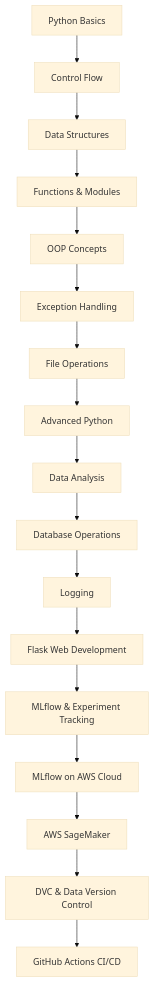
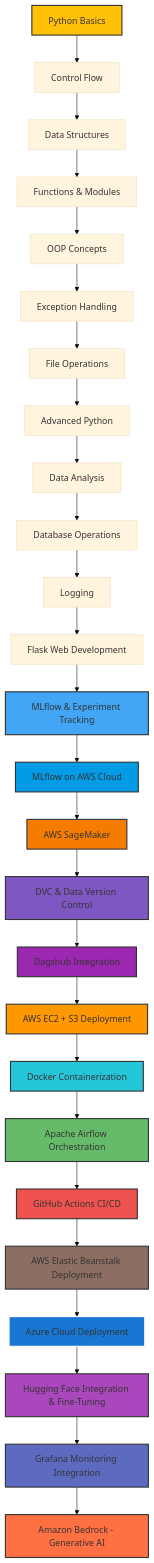
The first of 16 diagrams in README.md (jagadeshchilla/MLOPS), drawn with Mermaid (base theme) before and after one commit. The commit also changed other lines of this file and 2 other files, not shown here.

````diff
--- a/README.md
+++ b/README.md
@@ -64,19 +74,45 @@
 ```mermaid
 graph TD
     A[Python Basics] --> B[Control Flow]
     B --> C[Data Structures]
     C --> D[Functions & Modules]
     D --> E[OOP Concepts]
     E --> F[Exception Handling]
     F --> G[File Operations]
     G --> H[Advanced Python]
     H --> I[Data Analysis]
     I --> J[Database Operations]
     J --> K[Logging]
     K --> L[Flask Web Development]
     L --> M[MLflow & Experiment Tracking]
     M --> N[MLflow on AWS Cloud]
     N --> O[AWS SageMaker]
     O --> P[DVC & Data Version Control]
-    P --> Q[GitHub Actions CI/CD]
+    P --> Q[Dagshub Integration]
+    Q --> R[AWS EC2 + S3 Deployment]
+    R --> S[Docker Containerization]
+    S --> T[Apache Airflow Orchestration]
+    T --> U[GitHub Actions CI/CD]
+    U --> V[AWS Elastic Beanstalk Deployment]
+    V --> W[Azure Cloud Deployment]
+    W --> X[Hugging Face Integration & Fine-Tuning]
+    X --> Y[Grafana Monitoring Integration]
+    Y --> Z[Amazon Bedrock - Generative AI]
+
+    style A fill:#FFC107,stroke:#333,stroke-width:2px
+    style M fill:#42A5F5,stroke:#333,stroke-width:2px
+    style N fill:#039BE5,stroke:#333,stroke-width:2px
+    style O fill:#F57C00,stroke:#333,stroke-width:2px
+    style P fill:#7E57C2,stroke:#333,stroke-width:2px
+    style Q fill:#9C27B0,stroke:#333,stroke-width:2px
+    style R fill:#FF9800,stroke:#333,stroke-width:2px
+    style S fill:#26C6DA,stroke:#333,stroke-width:2px
+    style T fill:#66BB6A,stroke:#333,stroke-width:2px
+    style U fill:#EF5350,stroke:#333,stroke-width:2px
+    style V fill:#8D6E63,stroke:#333,stroke-width:2px
+    style W fill:#1976D2,stroke:#fff,stroke-width:2px
+    style X fill:#AB47BC,stroke:#333,stroke-width:2px
+    style Y fill:#5C6BC0,stroke:#333,stroke-width:2px
+    style Z fill:#FF7043,stroke:#333,stroke-width:2px
+    style Z fill:#FF7043,stroke:#333,stroke-width:2px
 ```
````
